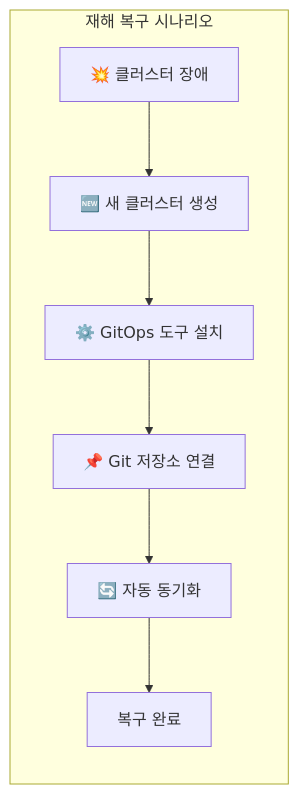
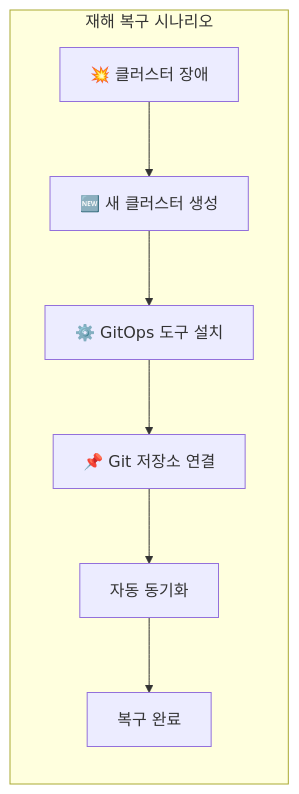
One commit to juwon8891/juwon8891.github.io changed the third of 41 diagrams in docs/cicd/week1-image-build.md. Above: the diagram before and after it, drawn with Mermaid. The commit also changed other lines of this file and 3 other files, not shown here.

````diff
--- a/docs/cicd/week1-image-build.md
+++ b/docs/cicd/week1-image-build.md
@@ -111,12 +111,12 @@
 ```mermaid
 graph LR
     subgraph "재해 복구 시나리오"
         DISASTER[💥 클러스터 장애] --> NEW_CLUSTER[🆕 새 클러스터 생성]
         NEW_CLUSTER --> INSTALL_GITOPS[⚙️ GitOps 도구 설치]
         INSTALL_GITOPS --> POINT_TO_GIT[📌 Git 저장소 연결]
-        POINT_TO_GIT --> AUTO_SYNC[🔄 자동 동기화]
+        POINT_TO_GIT --> AUTO_SYNC[자동 동기화]
         AUTO_SYNC --> RESTORED[복구 완료]
 
     end
 
 ```
````
